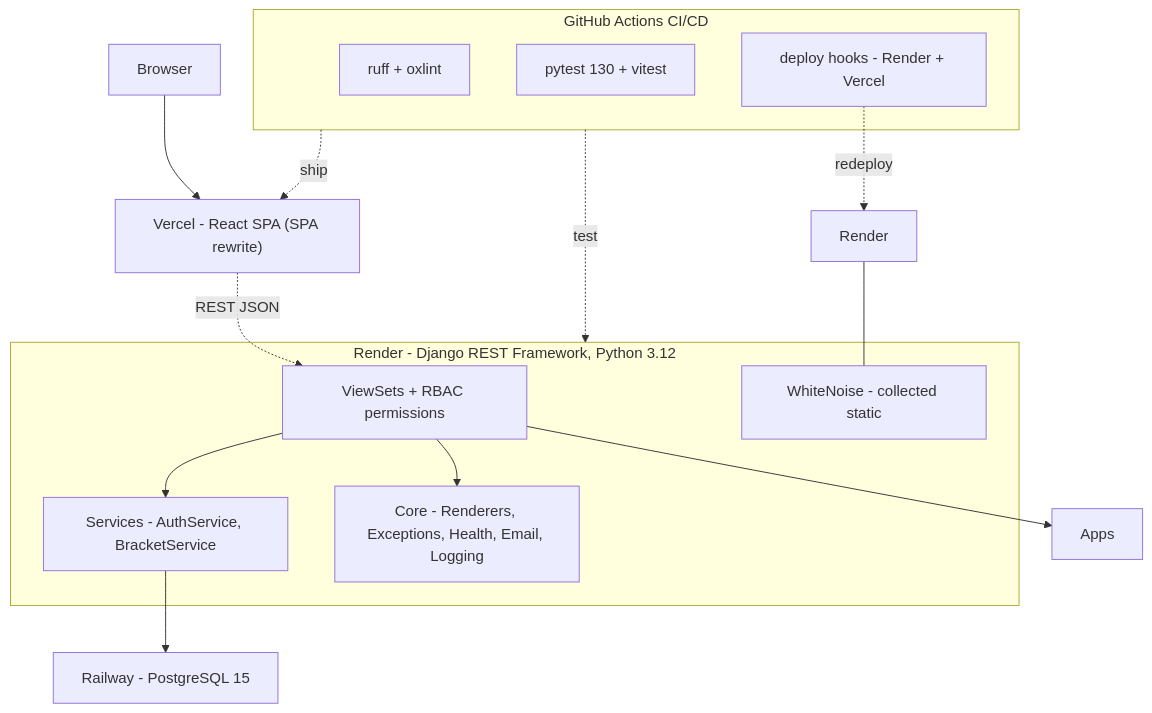
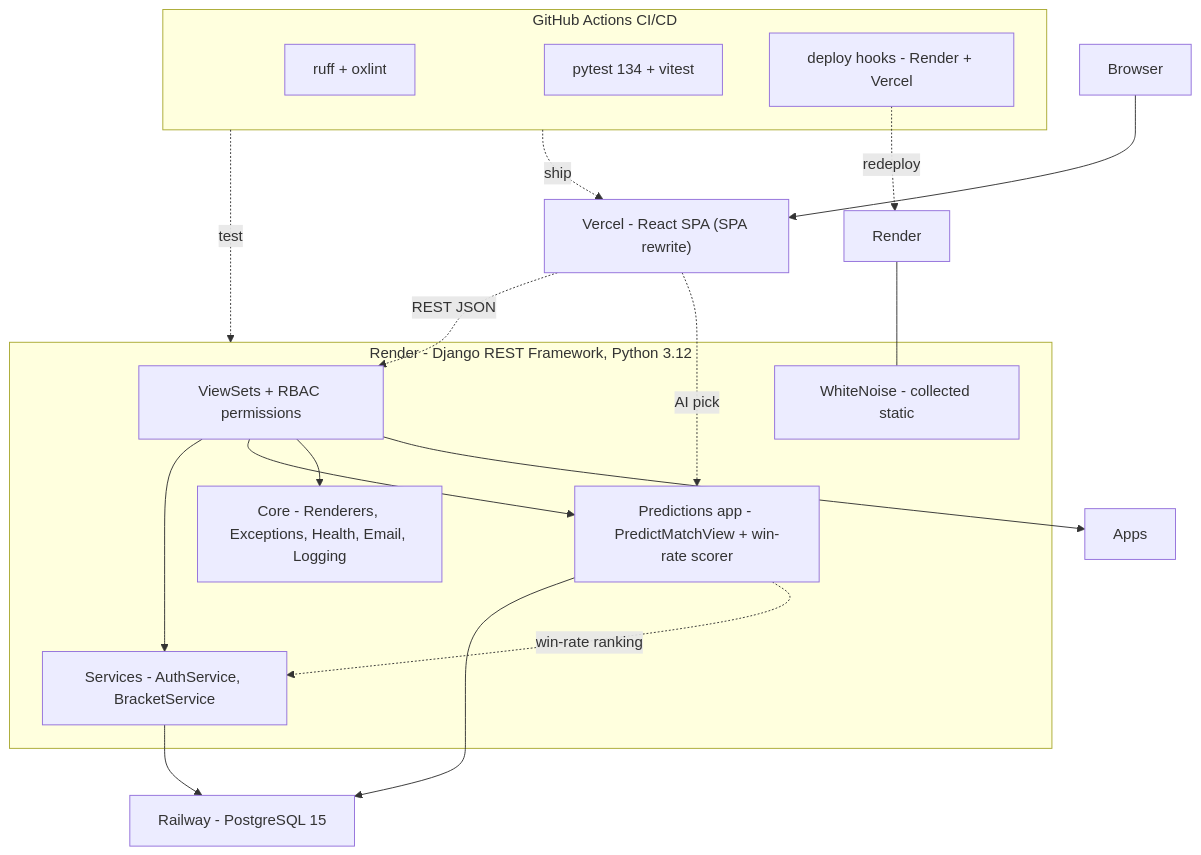
Before and after one commit to GOWTHAM-MG-2006/esports-tournament-management-platform: the diagram in docs/diagrams/architecture.md, drawn with Mermaid. The commit also changed other lines of this file and 3 other files, not shown here.

Commit message:
docs: architecture and schema diagrams with predictions

````diff
--- a/docs/diagrams/architecture.md
+++ b/docs/diagrams/architecture.md
@@ -3,31 +3,36 @@
 ```mermaid
 graph TB
     Client["Browser"]
     Vercel["Vercel - React SPA (SPA rewrite)"]
 
     subgraph Backend[Render - Django REST Framework, Python 3.12]
         Views[ViewSets + RBAC permissions]
         Services[Services - AuthService, BracketService]
+        Predict[Predictions app - PredictMatchView + win-rate scorer]
         Core[Core - Renderers, Exceptions, Health, Email, Logging]
         Static["WhiteNoise - collected static"]
     end
 
     Railway["Railway - PostgreSQL 15"]
 
     subgraph CI[GitHub Actions CI/CD]
         Lint["ruff + oxlint"]
-        Tests["pytest 130 + vitest"]
+        Tests["pytest 134 + vitest"]
         Deploy["deploy hooks - Render + Vercel"]
     end
 
     Client --> Vercel
     Vercel -. REST JSON .-> Views
+    Vercel -. AI pick .-> Predict
     Views --> Services
+    Views --> Predict
     Views --> Core
     Services --> Railway
+    Predict --> Railway
+    Predict -. win-rate ranking .-> Services
     Views --> Apps
     Render --- Static
     CI -. test .-> Backend
     CI -. ship .-> Vercel
     Deploy -. redeploy .-> Render
 ```
````
